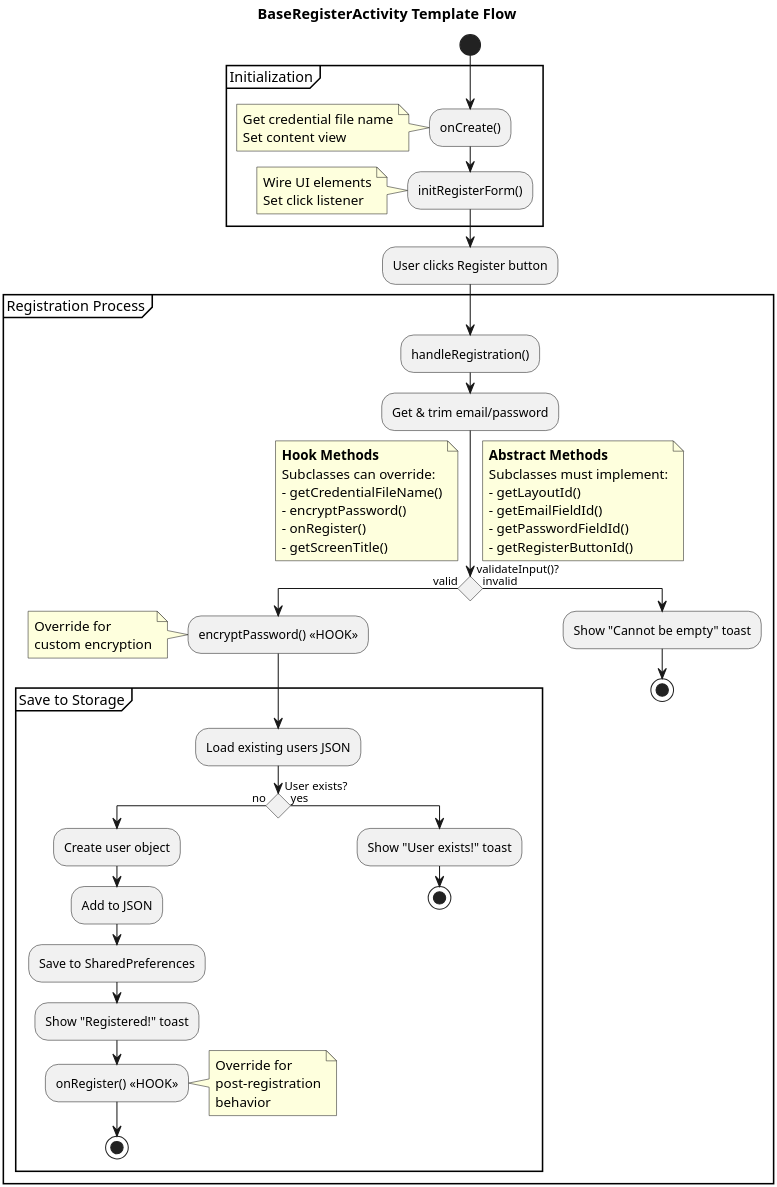
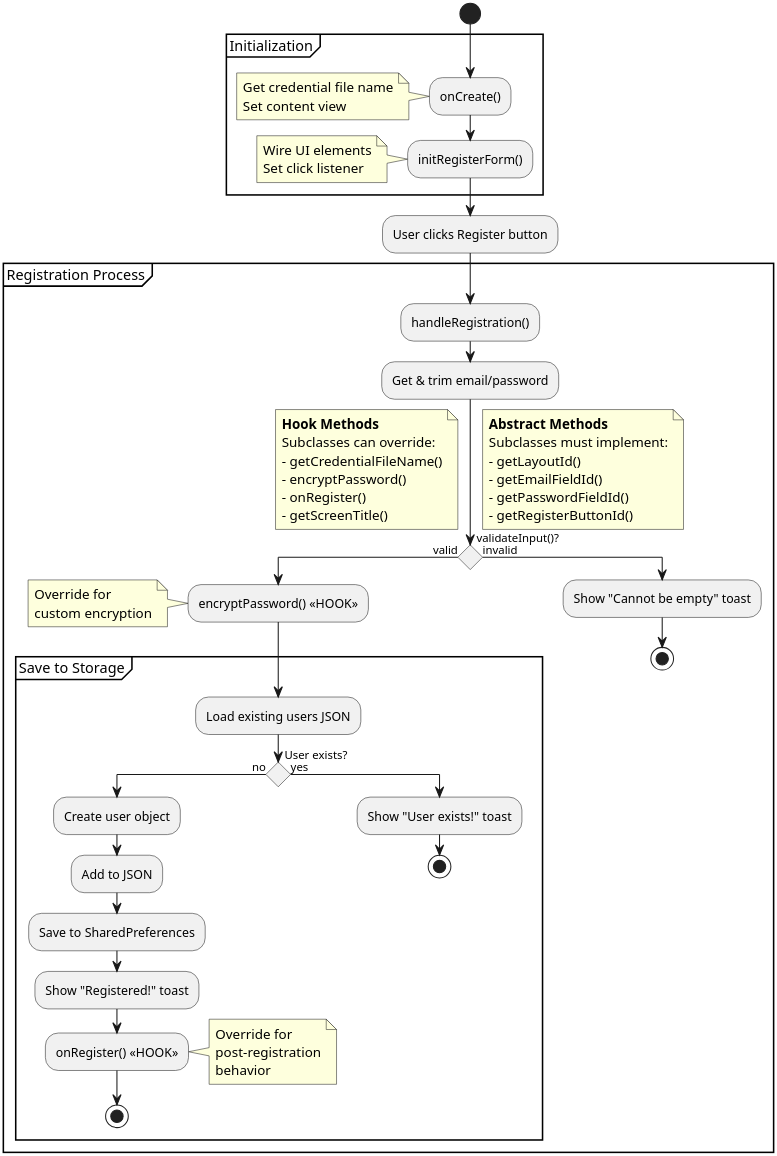
Before and after one commit to domi-cmd/Reference_Application_for_OWASP_MASTG: the diagram in apps/uml_diagrams/RegisterActivityTemplate.puml, drawn with PlantUML. The commit also changed 6 other files, not shown here.

Commit message:
Did final refinements of the uml diagrams of <Design> section, removed all titles, adjusted names from <maswe...> to <masvs...>

```diff
--- a/apps/uml_diagrams/RegisterActivityTemplate.puml
+++ b/apps/uml_diagrams/RegisterActivityTemplate.puml
@@ -1,65 +1,65 @@
 @startuml
-title BaseRegisterActivity Template Flow
+' title BaseRegisterActivity Template Flow
 skinparam dpi 300
 skinparam conditionStyle diamond
 
 start
 
 partition "Initialization" {
   :onCreate();
   note left: Get credential file name\nSet content view
   :initRegisterForm();
   note left: Wire UI elements\nSet click listener
 }
 
 :User clicks Register button;
 
 partition "Registration Process" {
   :handleRegistration();
   :Get & trim email/password;
 
   if (validateInput()?) then (valid)
     :encryptPassword() <<HOOK>>;
     note left: Override for\ncustom encryption
 
     partition "Save to Storage" {
       :Load existing users JSON;
 
       if (User exists?) then (no)
         :Create user object;
         :Add to JSON;
         :Save to SharedPreferences;
         :Show "Registered!" toast;
         :onRegister() <<HOOK>>;
         note right: Override for\npost-registration\nbehavior
         stop
       else (yes)
         :Show "User exists!" toast;
         stop
       endif
     }
   else (invalid)
     :Show "Cannot be empty" toast;
     stop
   endif
 }
 
 note left
   **Hook Methods**
   Subclasses can override:
   - getCredentialFileName()
   - encryptPassword()
   - onRegister()
   - getScreenTitle()
 end note
 
 note right
   **Abstract Methods**
   Subclasses must implement:
   - getLayoutId()
   - getEmailFieldId()
   - getPasswordFieldId()
   - getRegisterButtonId()
 end note
 
 @enduml
```
